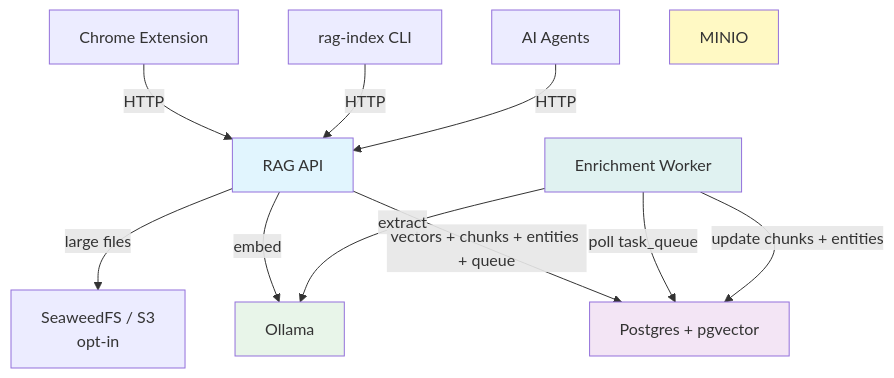
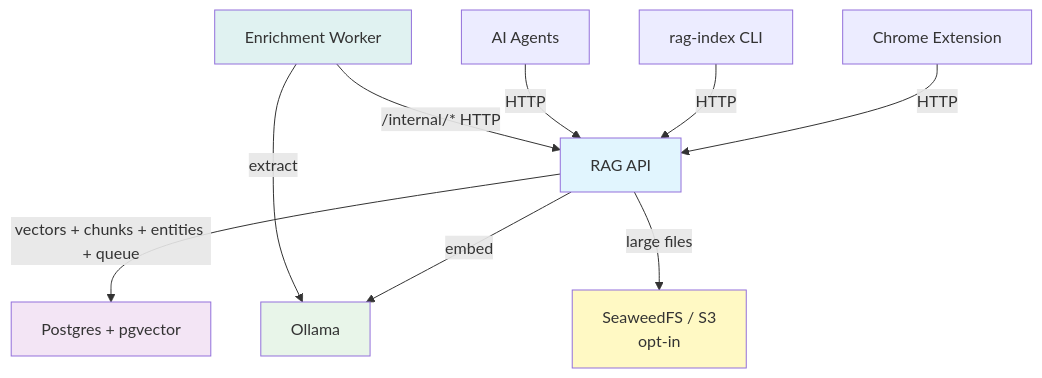
The diagram in docs/plans/2026-02-15-postgres-consolidation-design.md (mfittko/rag-stack), drawn with Mermaid before and after one commit. The commit also changed other lines of this file, not shown here.

First line of the commit message:
docs: worker communicates via API internal endpoints, not direct DB

````diff
--- a/docs/plans/2026-02-15-postgres-consolidation-design.md
+++ b/docs/plans/2026-02-15-postgres-consolidation-design.md
@@ -13,20 +13,19 @@
 ```mermaid
 graph TD
     EXT[Chrome Extension] -->|HTTP| API
     CLI[rag-index CLI] -->|HTTP| API
     AGENT[AI Agents] -->|HTTP| API
 
     API[RAG API] -->|embed| OL[Ollama]
     API -->|vectors + chunks + entities + queue| PG[Postgres + pgvector]
     API -->|large files| SWF[SeaweedFS / S3<br/>opt-in]
 
-    WK[Enrichment Worker] -->|poll task_queue| PG
-    WK -->|update chunks + entities| PG
+    WK[Enrichment Worker] -->|/internal/* HTTP| API
     WK -->|extract| OL
 
     style API fill:#e1f5fe
     style PG fill:#f3e5f5
     style OL fill:#e8f5e9
-    style MINIO fill:#fff9c4
+    style SWF fill:#fff9c4
     style WK fill:#e0f2f1
 ```
````
